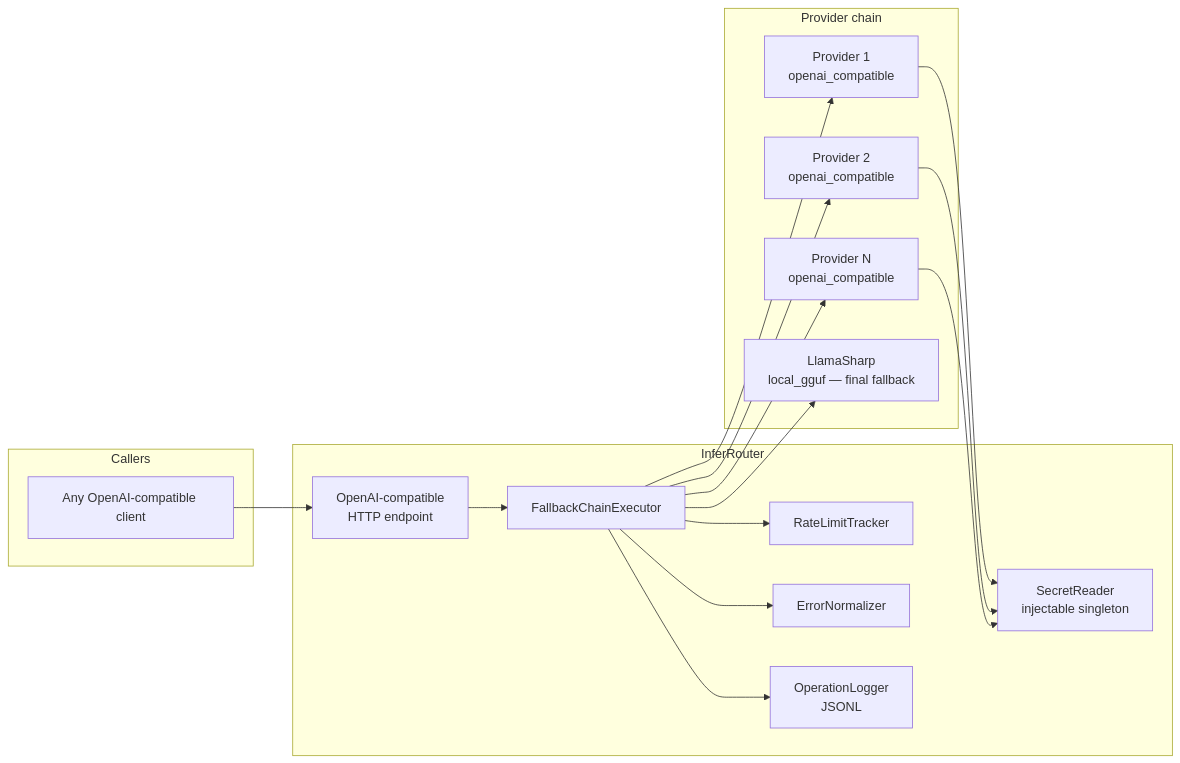
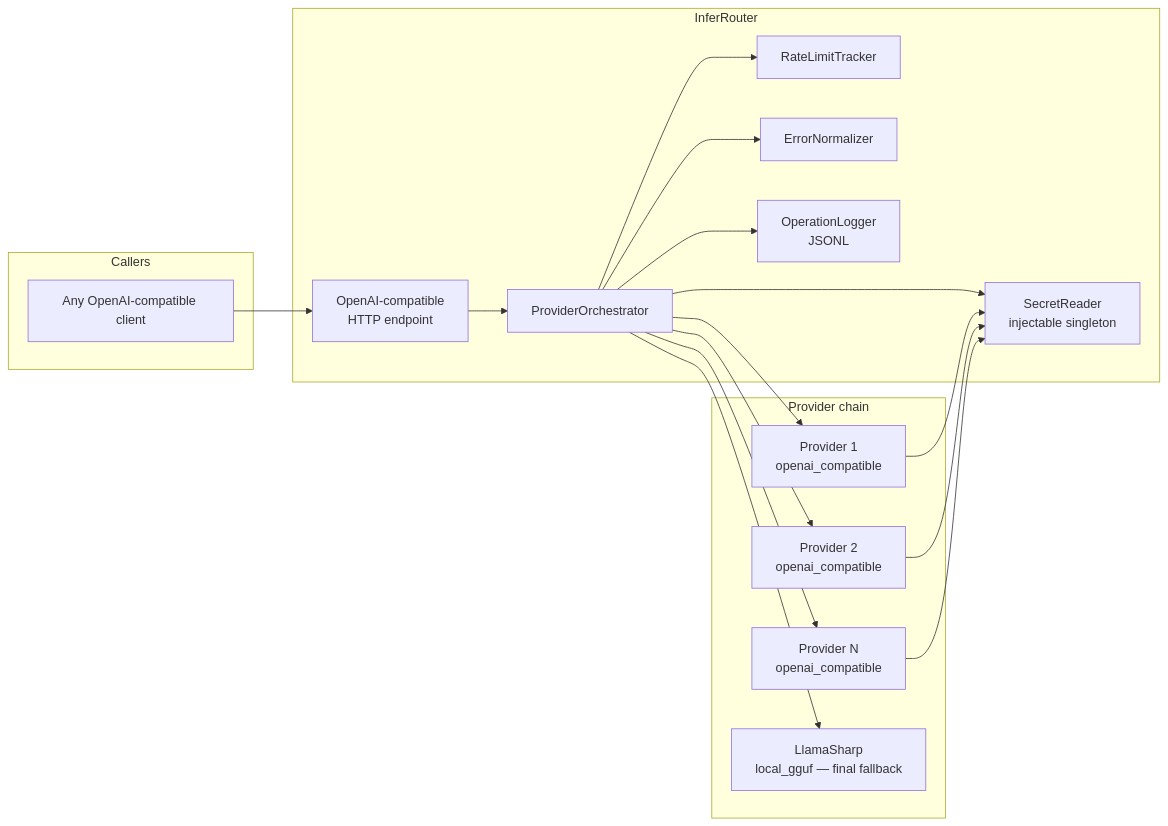
One commit to vvidman/InferRouter changed the diagram in README.md. Above: the diagram before and after it, drawn with Mermaid. The commit also changed other lines of this file and 2 other files, not shown here.

First line of the commit message:
docs: actualize architecture, soup, and README to current implementation

````diff
--- a/README.md
+++ b/README.md
@@ -23,36 +23,37 @@
 ```mermaid
 flowchart LR
     subgraph Callers
         A[Any OpenAI-compatible client]
     end
 
     subgraph InferRouter
         API[OpenAI-compatible\nHTTP endpoint]
-        RC[FallbackChainExecutor]
+        RC[ProviderOrchestrator]
         RL[RateLimitTracker]
         EH[ErrorNormalizer]
         LOG[OperationLogger\nJSONL]
         SR[SecretReader\ninjectable singleton]
 
         API --> RC
         RC --> RL
         RC --> EH
         RC --> LOG
+        RC --> SR
     end
 
     subgraph Provider chain
         P1[Provider 1\nopenai_compatible]
         P2[Provider 2\nopenai_compatible]
         PN[Provider N\nopenai_compatible]
         LS[LlamaSharp\nlocal_gguf — final fallback]
     end
 
     A --> API
     RC --> P1
     RC --> P2
     RC --> PN
     RC --> LS
     P1 --> SR
     P2 --> SR
     PN --> SR
 ```
````
